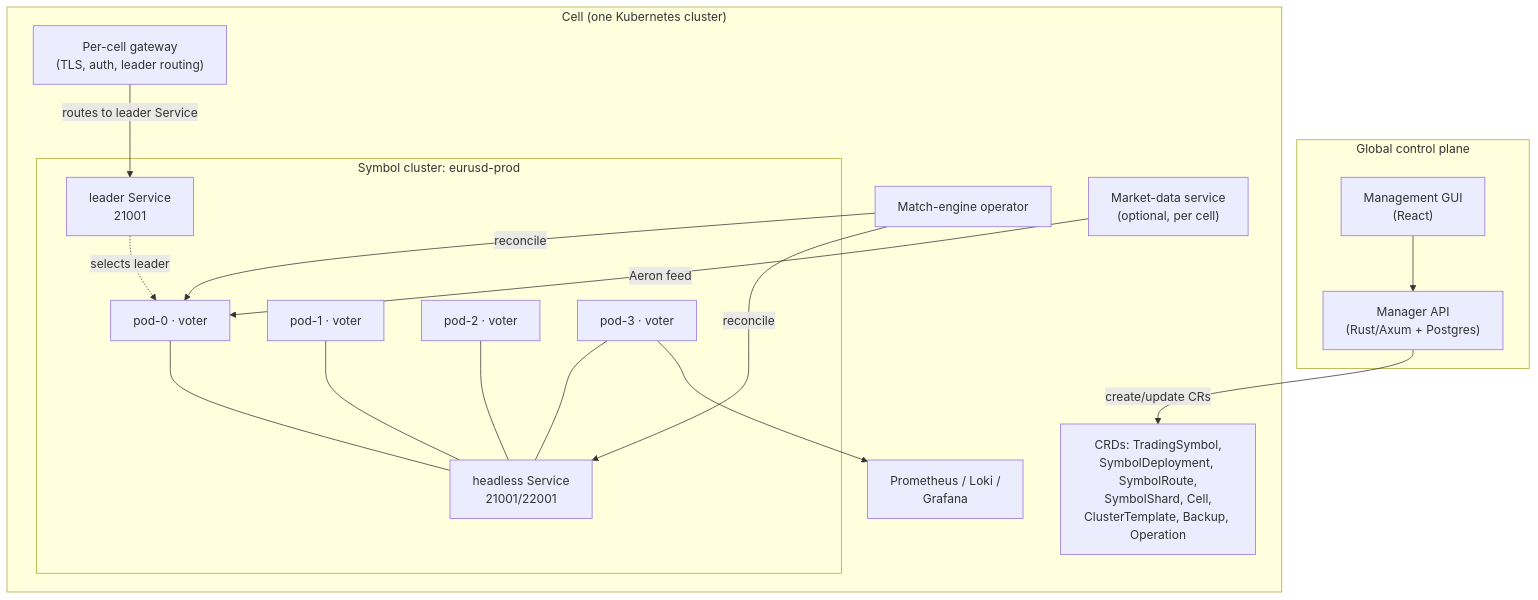
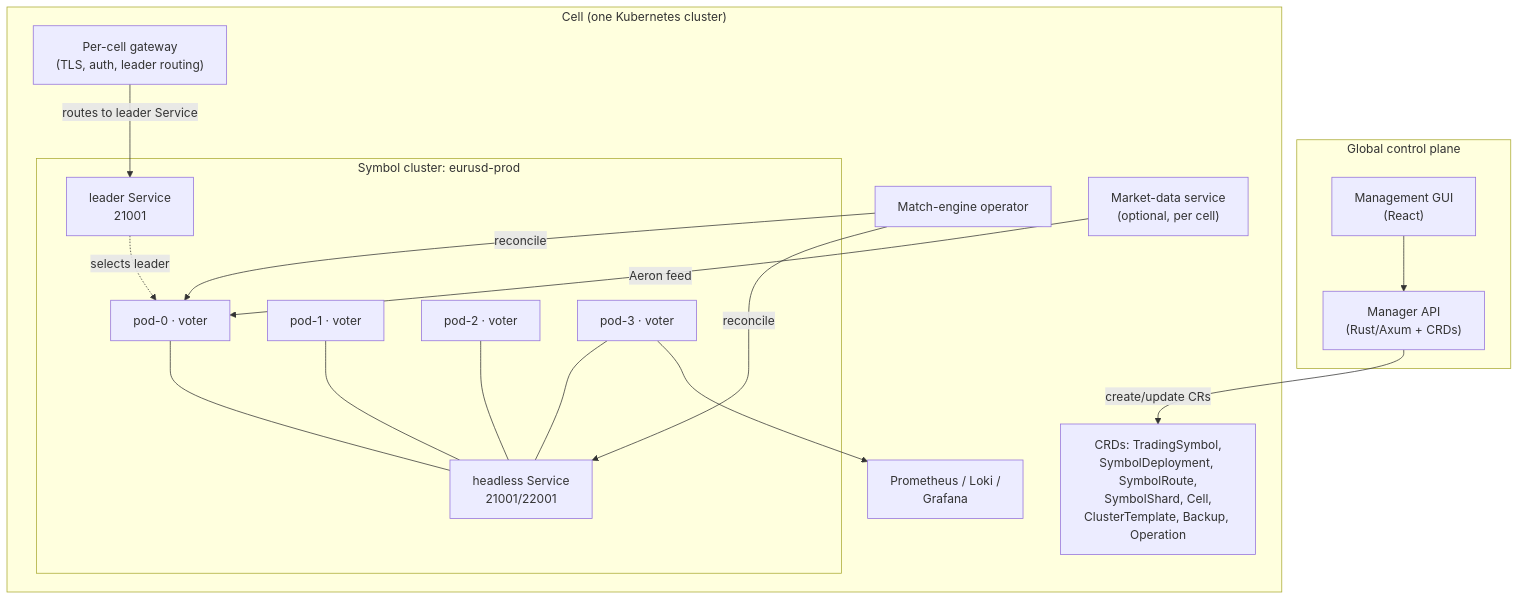
The diagram in docs/KUBERNETES_CONTROL_PLANE.md (raymondshe/matchengine-raft), drawn with Mermaid before and after one commit. The commit also changed other lines of this file and 15 other files, not shown here.

````diff
--- a/docs/KUBERNETES_CONTROL_PLANE.md
+++ b/docs/KUBERNETES_CONTROL_PLANE.md
@@ -112,36 +112,36 @@
 ```mermaid
 flowchart TB
   subgraph Global["Global control plane"]
     GUI["Management GUI<br/>(React)"]
-    API["Manager API<br/>(Rust/Axum + Postgres)"]
+    API["Manager API<br/>(Rust/Axum + CRDs)"]
     GUI --> API
   end
 
   subgraph Cell["Cell (one Kubernetes cluster)"]
     OP["Match-engine operator"]
     CRDs["CRDs: TradingSymbol,<br/>SymbolDeployment, SymbolRoute,<br/>SymbolShard, Cell,<br/>ClusterTemplate, Backup, Operation"]
     GW["Per-cell gateway<br/>(TLS, auth, leader routing)"]
     MD["Market-data service<br/>(optional, per cell)"]
     subgraph ClusterA["Symbol cluster: eurusd-prod"]
       S0["pod-0 · voter"]
       S1["pod-1 · voter"]
       S2["pod-2 · voter"]
       S3["pod-3 · voter"]
       HS["headless Service<br/>21001/22001"]
       LS["leader Service<br/>21001"]
       S0 --- HS
       S1 --- HS
       S2 --- HS
       S3 --- HS
       LS -. selects leader .-> S0
     end
     OBS["Prometheus / Loki /<br/>Grafana"]
     S3 --> OBS
   end
 
   API -->|"create/update CRs"| CRDs
   OP -->|"reconcile"| S0
   OP -->|"reconcile"| HS
   GW -->|"routes to leader Service"| LS
   MD -->|"Aeron feed"| S0
 ```
````
